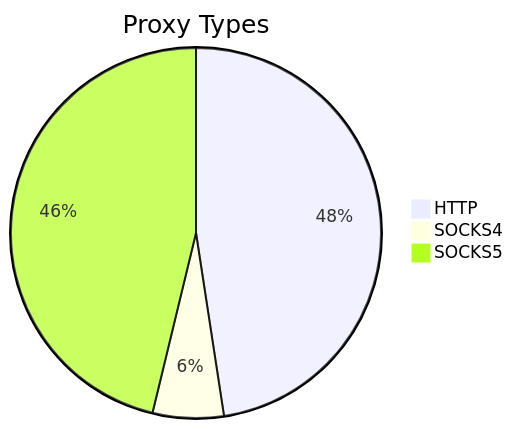
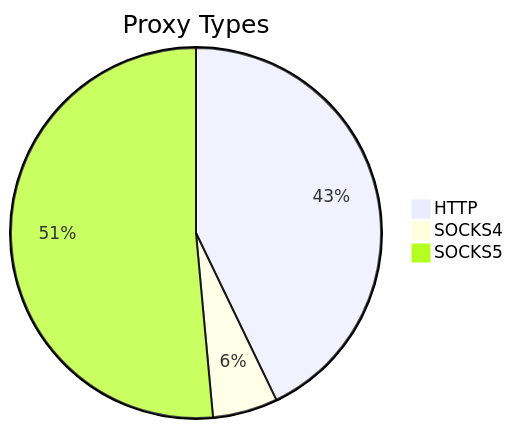
Before and after one commit to stormsia/proxy-list: the first of 2 diagrams in README.md, drawn with Mermaid. The commit also changed other lines of this file, not shown here.

````diff
--- a/README.md
+++ b/README.md
@@ -21,6 +21,6 @@
 ```mermaid
 pie title Proxy Types
-    "HTTP" : 806
-    "SOCKS4" : 105
-    "SOCKS5" : 783
+    "HTTP" : 657
+    "SOCKS4" : 87
+    "SOCKS5" : 789
 ```
````
